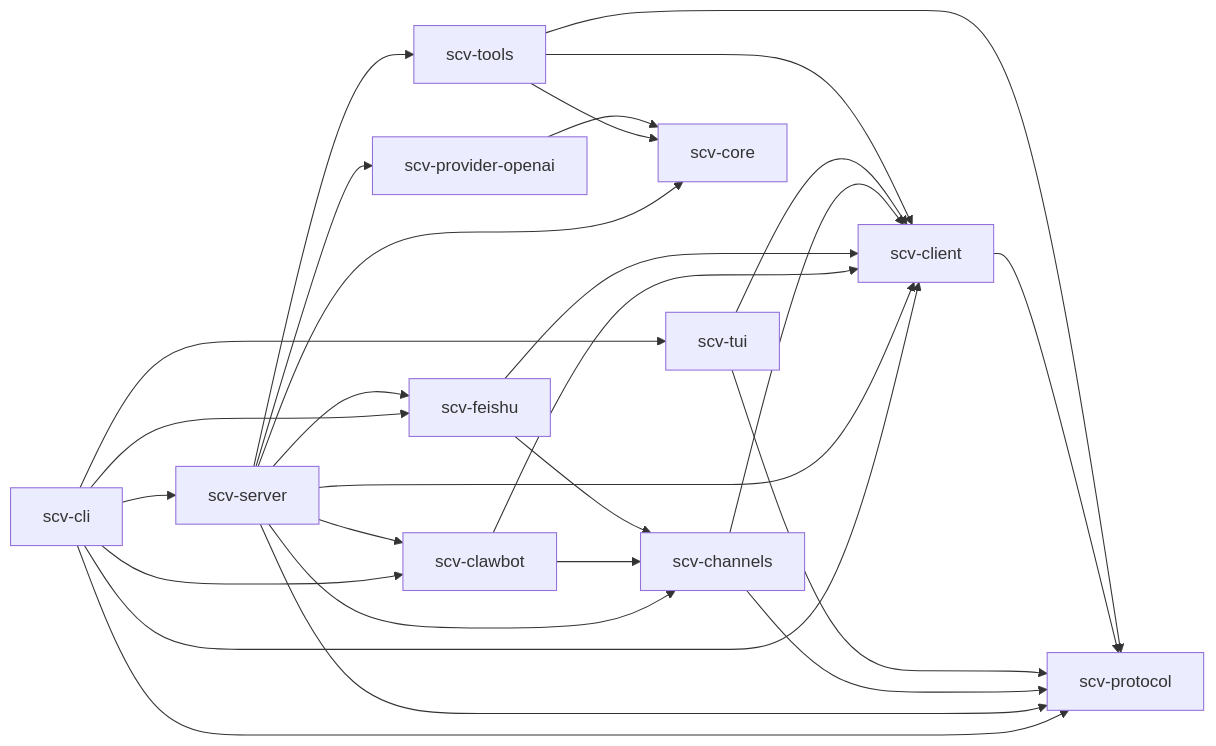
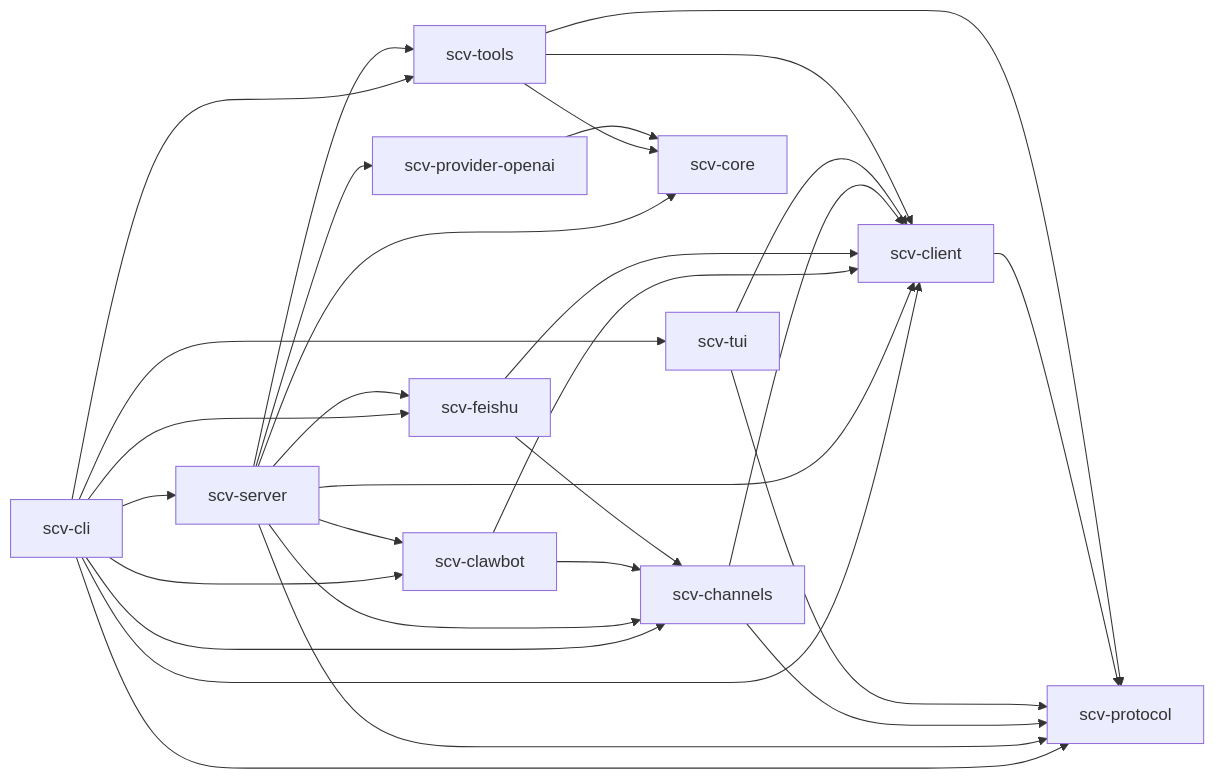
Before and after one commit to PeiyuanQi/scv: the diagram in docs/architecture.md, drawn with Mermaid. The commit also changed other lines of this file and 36 other files, not shown here.

First line of the commit message:
refactor: move CLI admin code out of scv-server (#41)

````diff
--- a/docs/architecture.md
+++ b/docs/architecture.md
@@ -15,30 +15,32 @@
 ```mermaid
 flowchart LR
     cli["scv-cli"] --> server["scv-server"]
     cli --> tui["scv-tui"]
     cli --> clawbot["scv-clawbot"]
     cli --> feishu["scv-feishu"]
+    cli --> channels["scv-channels"]
+    cli --> tools["scv-tools"]
     cli --> client["scv-client"]
     cli --> protocol["scv-protocol"]
     server --> clawbot
     server --> feishu
-    server --> channels["scv-channels"]
+    server --> channels
     server --> client
     server --> protocol
     server --> core["scv-core"]
-    server --> tools["scv-tools"]
+    server --> tools
     server --> provider["scv-provider-openai"]
     clawbot --> channels
     clawbot --> client
     feishu --> channels
     feishu --> client
     channels --> client
     channels --> protocol
     tui --> client
     tui --> protocol
     client --> protocol
     tools --> core
     tools --> client
     tools --> protocol
     provider --> core
 ```
````
